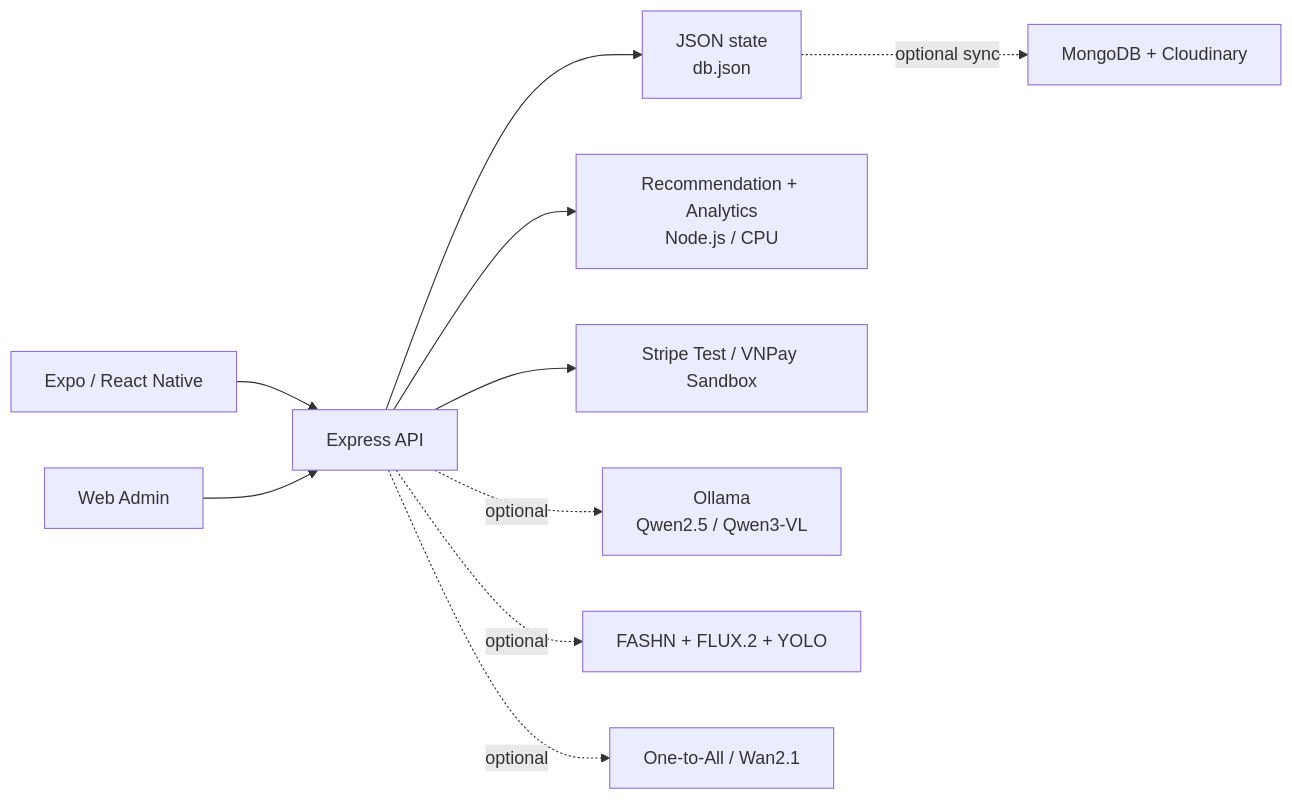
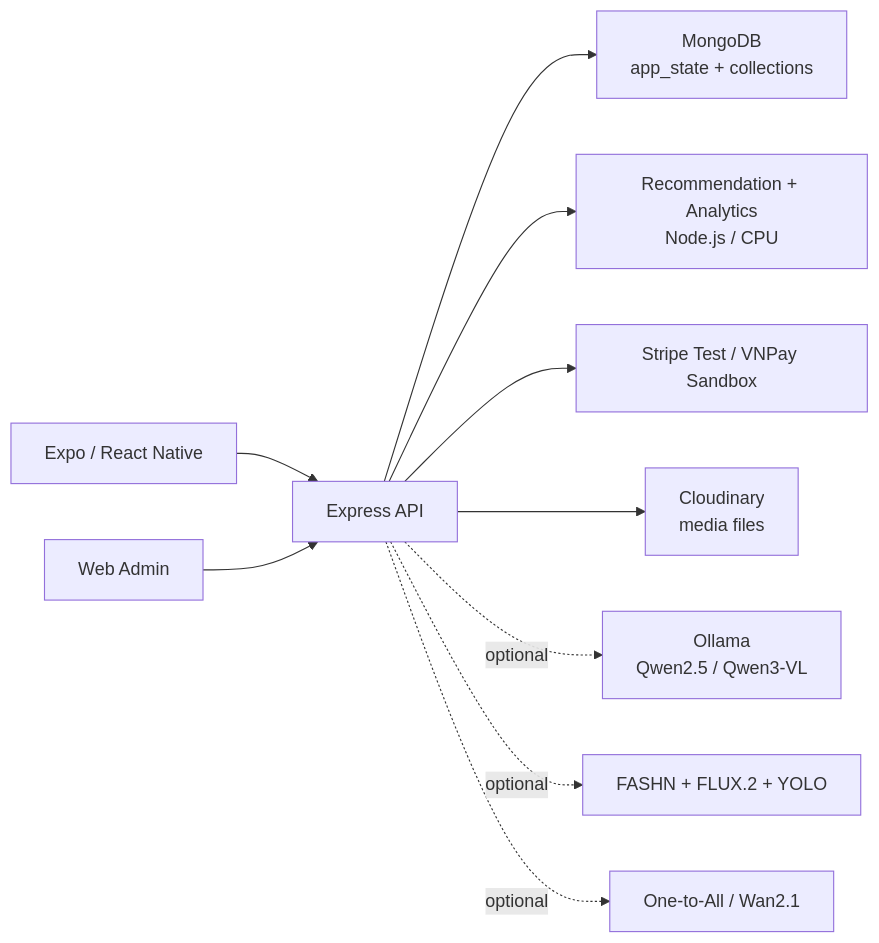
The diagram in README.md (minhnhatdepzai/JAPANO), drawn with Mermaid before and after one commit. The commit also changed other lines of this file and 116 other files, not shown here.

````diff
--- a/README.md
+++ b/README.md
@@ -63,14 +64,14 @@
 ```mermaid
 flowchart LR
     Mobile["Expo / React Native"] --> API["Express API"]
     Admin["Web Admin"] --> API
 
-    API --> Store["JSON state<br/>db.json"]
+    API --> Store["MongoDB<br/>app_state + collections"]
     API --> Reco["Recommendation + Analytics<br/>Node.js / CPU"]
     API --> Payment["Stripe Test / VNPay Sandbox"]
 
-    Store -. optional sync .-> Cloud["MongoDB + Cloudinary"]
+    API --> Media["Cloudinary<br/>media files"]
     API -. optional .-> Ollama["Ollama<br/>Qwen2.5 / Qwen3-VL"]
     API -. optional .-> TryOn["FASHN + FLUX.2 + YOLO"]
     API -. optional .-> Motion["One-to-All / Wan2.1"]
 ```
````
